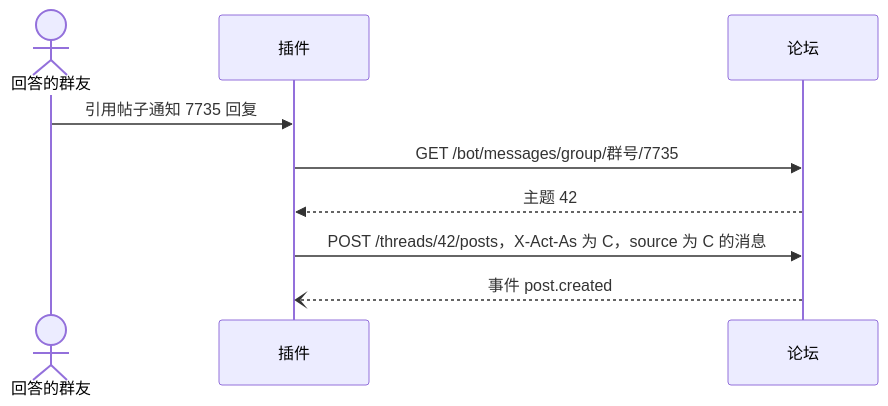
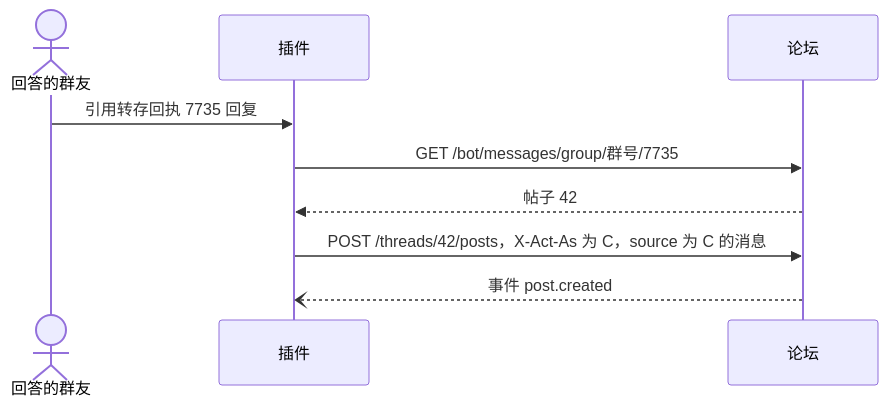
One commit to mousebaoyan/mousehole changed the fourth of 6 diagrams in docs/api.md. Above: the diagram before and after it, drawn with Mermaid. The commit also changed other lines of this file and 5 other files, not shown here.

````diff
--- a/docs/api.md
+++ b/docs/api.md
@@ -490,11 +488,11 @@
 ```mermaid
 sequenceDiagram
     actor C as 回答的群友
     participant P as 插件
     participant F as 论坛
-    C->>P: 引用帖子通知 7735 回复
+    C->>P: 引用转存回执 7735 回复
     P->>F: GET /bot/messages/group/群号/7735
-    F-->>P: 主题 42
+    F-->>P: 帖子 42
     P->>F: POST /threads/42/posts，X-Act-As 为 C，source 为 C 的消息
     F--)P: 事件 post.created
 ```
````
